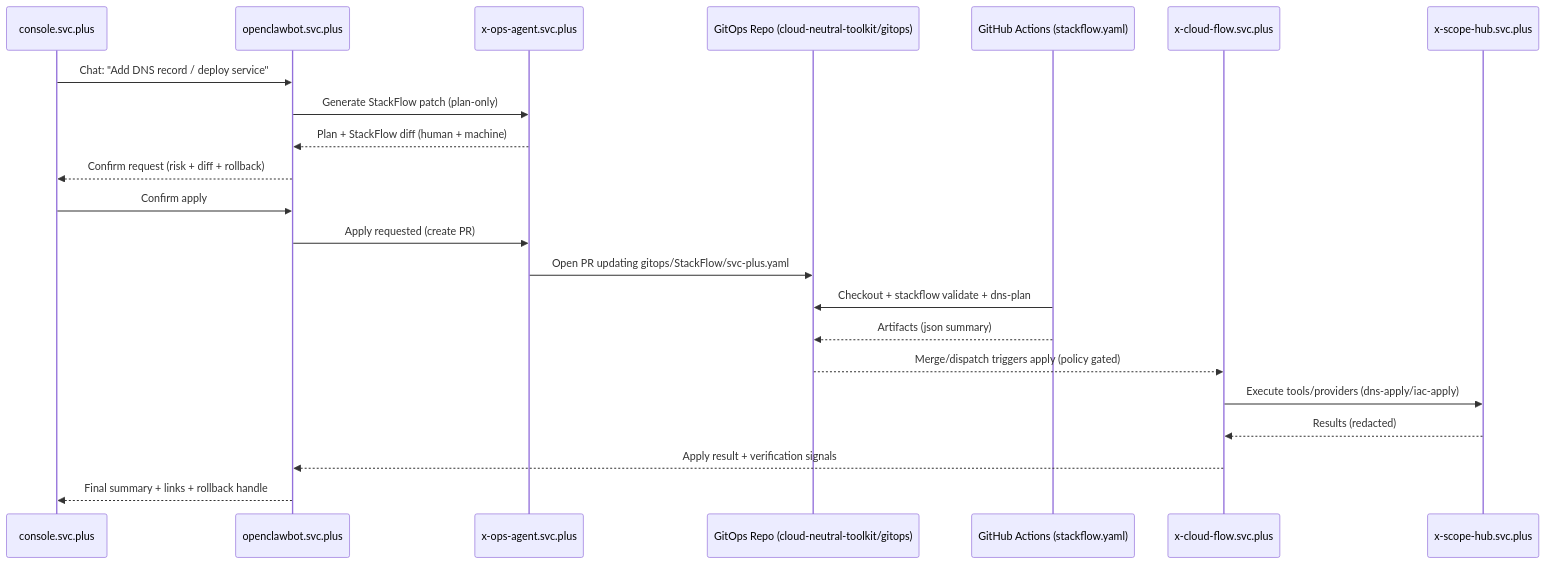
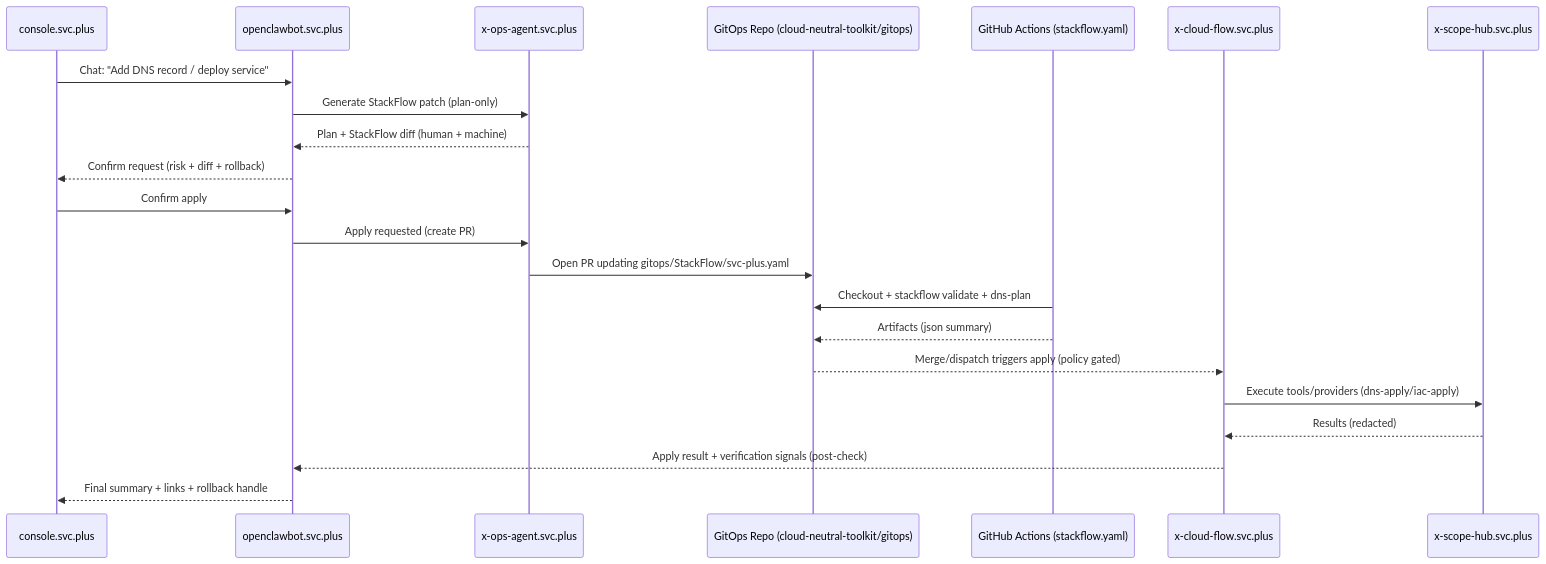
One commit to x-evor/.github changed the third of 3 diagrams in docs/feature-flows/ai-platform-gateway-rag-mcp-ops-agent.md. Above: the diagram before and after it, drawn with Mermaid. The commit also changed other lines of this file, not shown here.

Commit message:
docs(ai): refine platform flows and GitOps loop

````diff
--- a/docs/feature-flows/ai-platform-gateway-rag-mcp-ops-agent.md
+++ b/docs/feature-flows/ai-platform-gateway-rag-mcp-ops-agent.md
@@ -151,25 +173,25 @@
 ```mermaid
 sequenceDiagram
   participant UI as console.svc.plus
   participant GW as openclawbot.svc.plus
   participant OPS as x-ops-agent.svc.plus
   participant GIT as GitOps Repo (cloud-neutral-toolkit/gitops)
   participant CI as GitHub Actions (stackflow.yaml)
   participant FLOW as x-cloud-flow.svc.plus
   participant HUB as x-scope-hub.svc.plus
 
   UI->>GW: Chat: "Add DNS record / deploy service"
   GW->>OPS: Generate StackFlow patch (plan-only)
   OPS-->>GW: Plan + StackFlow diff (human + machine)
   GW-->>UI: Confirm request (risk + diff + rollback)
   UI->>GW: Confirm apply
   GW->>OPS: Apply requested (create PR)
   OPS->>GIT: Open PR updating gitops/StackFlow/svc-plus.yaml
   CI->>GIT: Checkout + stackflow validate + dns-plan
   CI-->>GIT: Artifacts (json summary)
   GIT-->>FLOW: Merge/dispatch triggers apply (policy gated)
   FLOW->>HUB: Execute tools/providers (dns-apply/iac-apply)
   HUB-->>FLOW: Results (redacted)
-  FLOW-->>GW: Apply result + verification signals
+  FLOW-->>GW: Apply result + verification signals (post-check)
   GW-->>UI: Final summary + links + rollback handle
 ```
````
